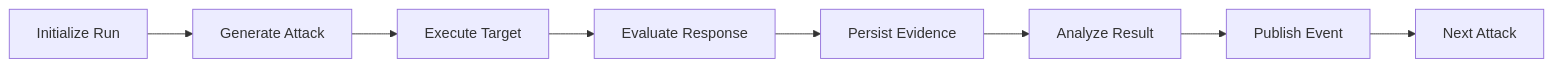
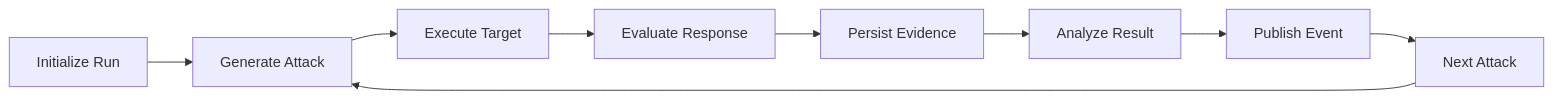
One commit to imshreyaskn/valerie changed the fourth of 6 diagrams in README.md. Above: the diagram before and after it, drawn with Mermaid. The commit also changed other lines of this file, not shown here.

````diff
--- a/README.md
+++ b/README.md
@@ -184,10 +163,11 @@
 ```mermaid
 flowchart LR
     A[Initialize Run] --> B[Generate Attack]
     B --> C[Execute Target]
     C --> D[Evaluate Response]
     D --> E[Persist Evidence]
     E --> F[Analyze Result]
     F --> G[Publish Event]
     G --> H[Next Attack]
+    H --> B
 ```
````
